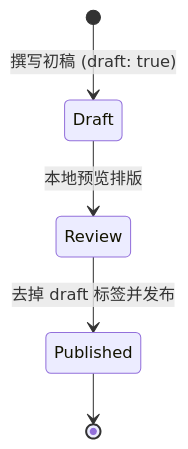
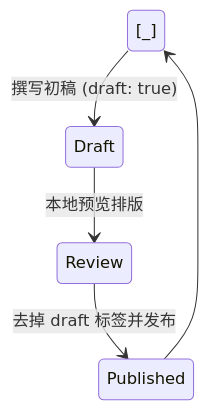
Before and after one commit to woruo03/blog: the third of 3 diagrams in content/posts/hello-world/index.md, drawn with Mermaid. The commit also changed other lines of this file and 8 other files, not shown here.

```diff
--- a/content/posts/hello-world/index.md
+++ b/content/posts/hello-world/index.md
@@ -279,7 +279,7 @@
 {{< mermaid >}}
 stateDiagram-v2
-    [*] --> Draft : 撰写初稿 (draft: true)
-    Draft --> Review : 本地预览排版
-    Review --> Published : 去掉 draft 标签并发布
-    Published --> [*]
+[_] --> Draft : 撰写初稿 (draft: true)
+Draft --> Review : 本地预览排版
+Review --> Published : 去掉 draft 标签并发布
+Published --> [_]
 {{< /mermaid >}}
```
